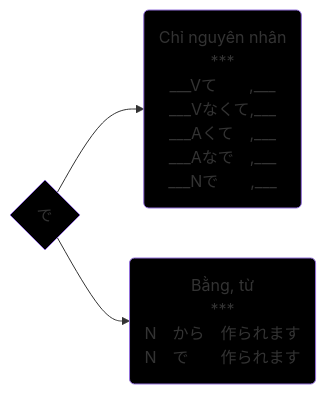
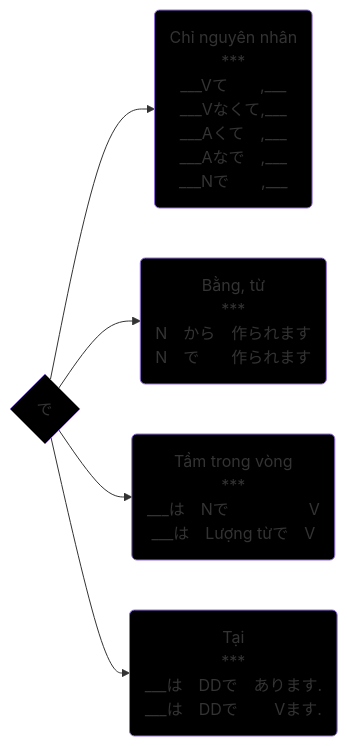
One commit to tea1504/learn changed the diagram in TroTu/で.md. Above: the diagram before and after it, drawn with Mermaid. The commit also changed 16 other files, not shown here.

````diff
--- a/TroTu/で.md
+++ b/TroTu/で.md
@@ -1,11 +1,15 @@
 ```mermaid
 graph LR;
 	tt{で}
 
 	tt-->chiNguyenNhan(Chỉ nguyên nhân\n***\n___Vて　　,___\n___Vなくて,___\n___Aくて　,___\n___Aなで　,___\n___Nで　　,___)
 	tt-->bangTu(Bằng, từ\n***\nN　から　作られます\nN　で　　作られます)
+    tt-->tamTrongVong(Tầm trong vòng\n***\n___は　Nで　　　　　V\n___は　Lượng  từで　V)
+    tt-->tai(Tại\n***\n___は　DDで　あります.\n___は　DDで　　 Vます.)
     
     style tt fill:#000
     style chiNguyenNhan fill:#000
     style bangTu fill:#000
+    style tamTrongVong fill:#000
+    style tai fill:#000
 ```
````
